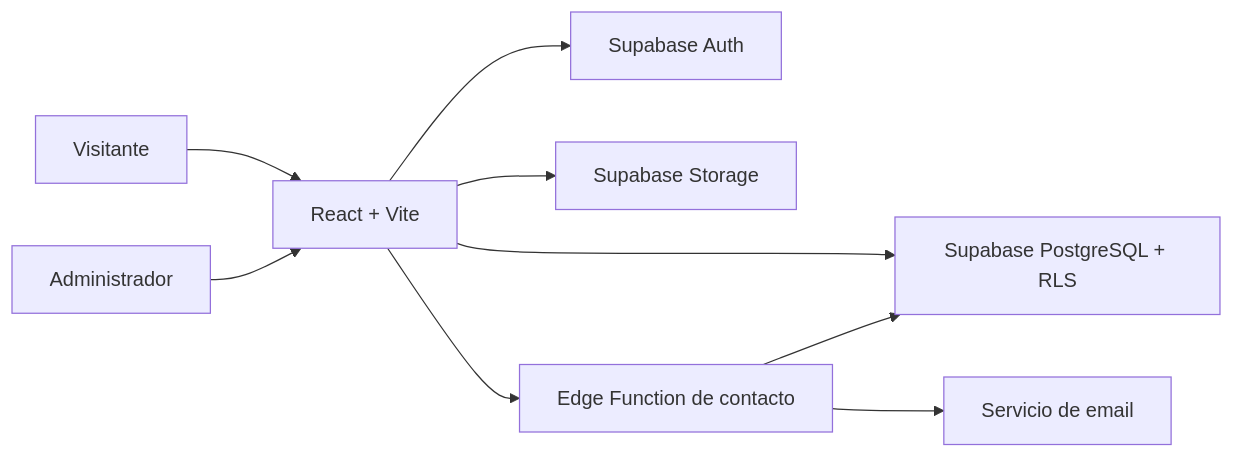
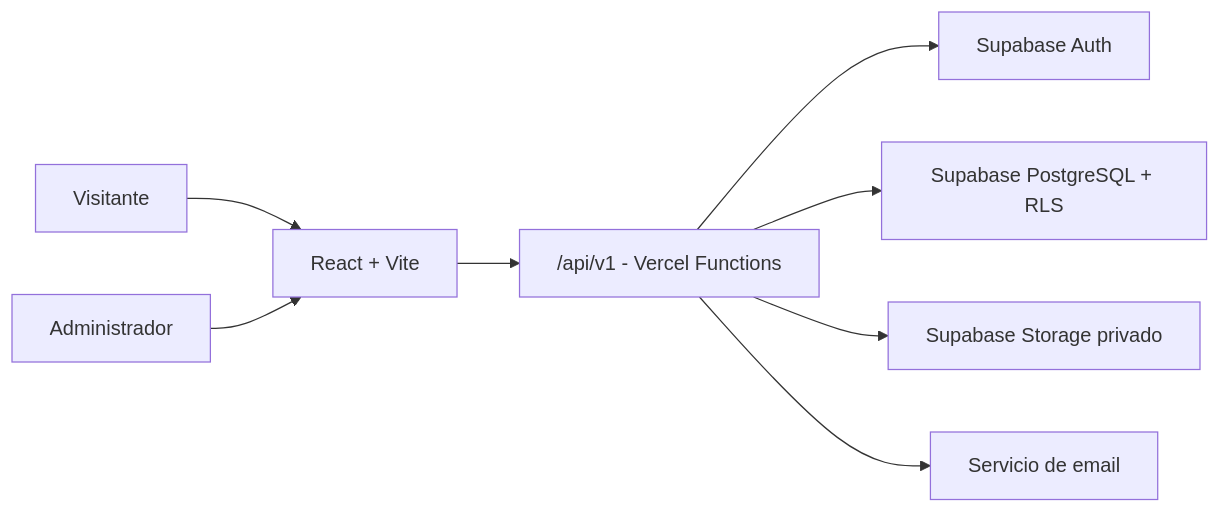
Before and after one commit to PabloCaffaro/zunino_remates_web: the diagram in docs/architecture.md, drawn with Mermaid. The commit also changed other lines of this file and 12 other files, not shown here.

````diff
--- a/docs/architecture.md
+++ b/docs/architecture.md
@@ -23,11 +23,10 @@
 ```mermaid
 flowchart LR
   Visitor["Visitante"] --> React["React + Vite"]
   Admin["Administrador"] --> React
-  React --> Auth["Supabase Auth"]
-  React --> DB["Supabase PostgreSQL + RLS"]
-  React --> Storage["Supabase Storage"]
-  React --> Contact["Edge Function de contacto"]
-  Contact --> DB
-  Contact --> Email["Servicio de email"]
+  React --> API["/api/v1 - Vercel Functions"]
+  API --> Auth["Supabase Auth"]
+  API --> DB["Supabase PostgreSQL + RLS"]
+  API --> Storage["Supabase Storage privado"]
+  API --> Email["Servicio de email"]
 ```
````
